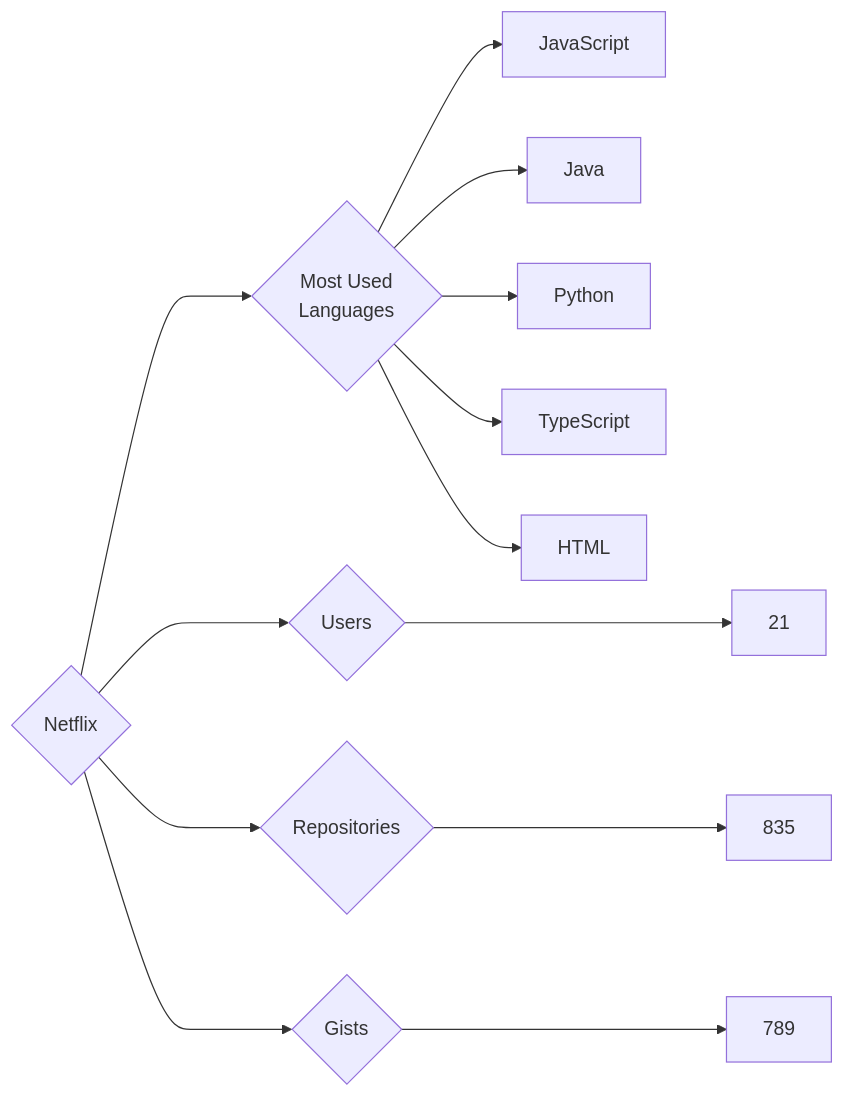
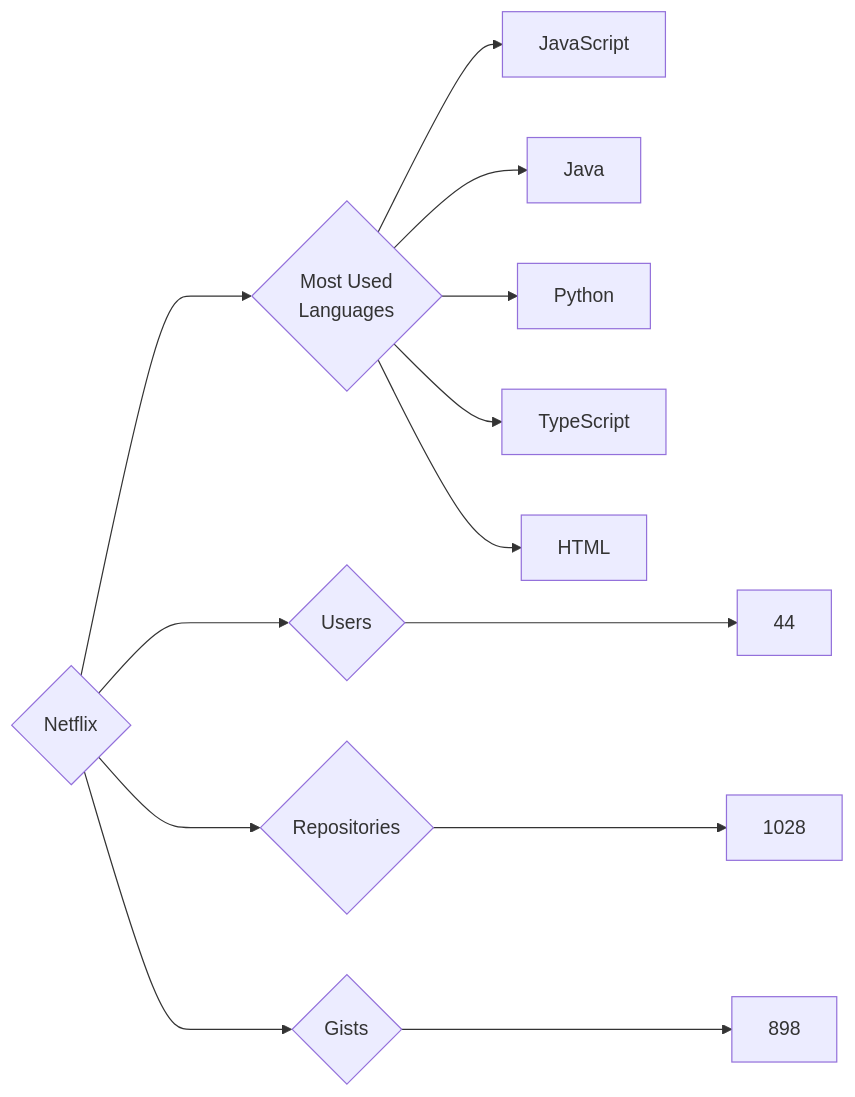
Before and after one commit to trickest/insiders: the diagram in targets/Netflix/README.md, drawn with Mermaid. The commit also changed 964 other files, not shown here.

````diff
--- a/targets/Netflix/README.md
+++ b/targets/Netflix/README.md
@@ -3,13 +3,13 @@
 ```mermaid
 graph LR
 COMPANY_NAME{Netflix}
-COMPANY_NAME ---> U{Users} ---> UN[21]
-COMPANY_NAME ---> R{Repositories} ---> RN[835]
-COMPANY_NAME ---> G{Gists} ---> GN[789]
+COMPANY_NAME ---> U{Users} ---> UN[44]
+COMPANY_NAME ---> R{Repositories} ---> RN[1028]
+COMPANY_NAME ---> G{Gists} ---> GN[898]
 COMPANY_NAME ---> ML{Most Used<br>Languages}
 ML --> JavaScript[JavaScript]
 ML --> Java[Java]
 ML --> Python[Python]
 ML --> TypeScript[TypeScript]
 ML --> HTML[HTML]
 ```
````
